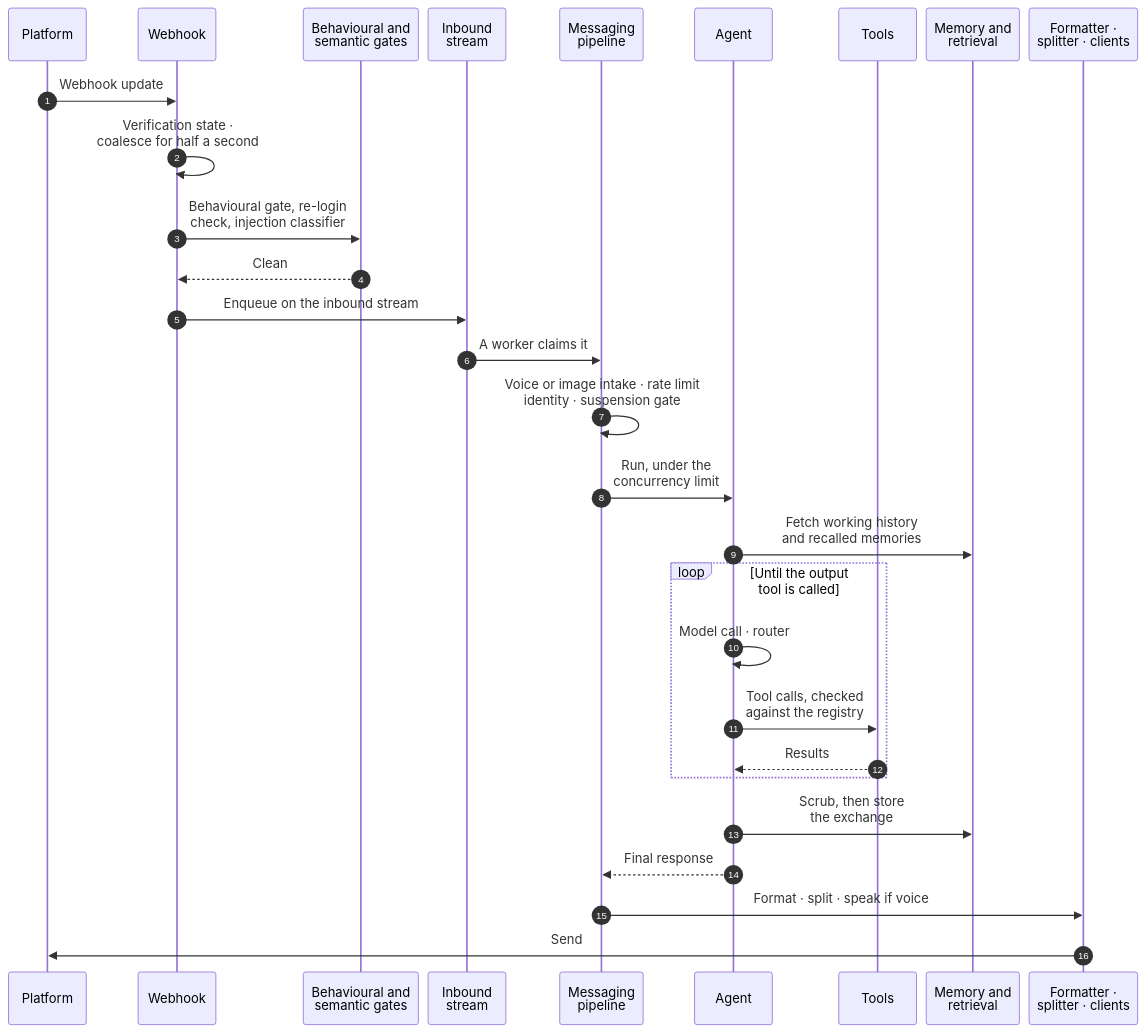
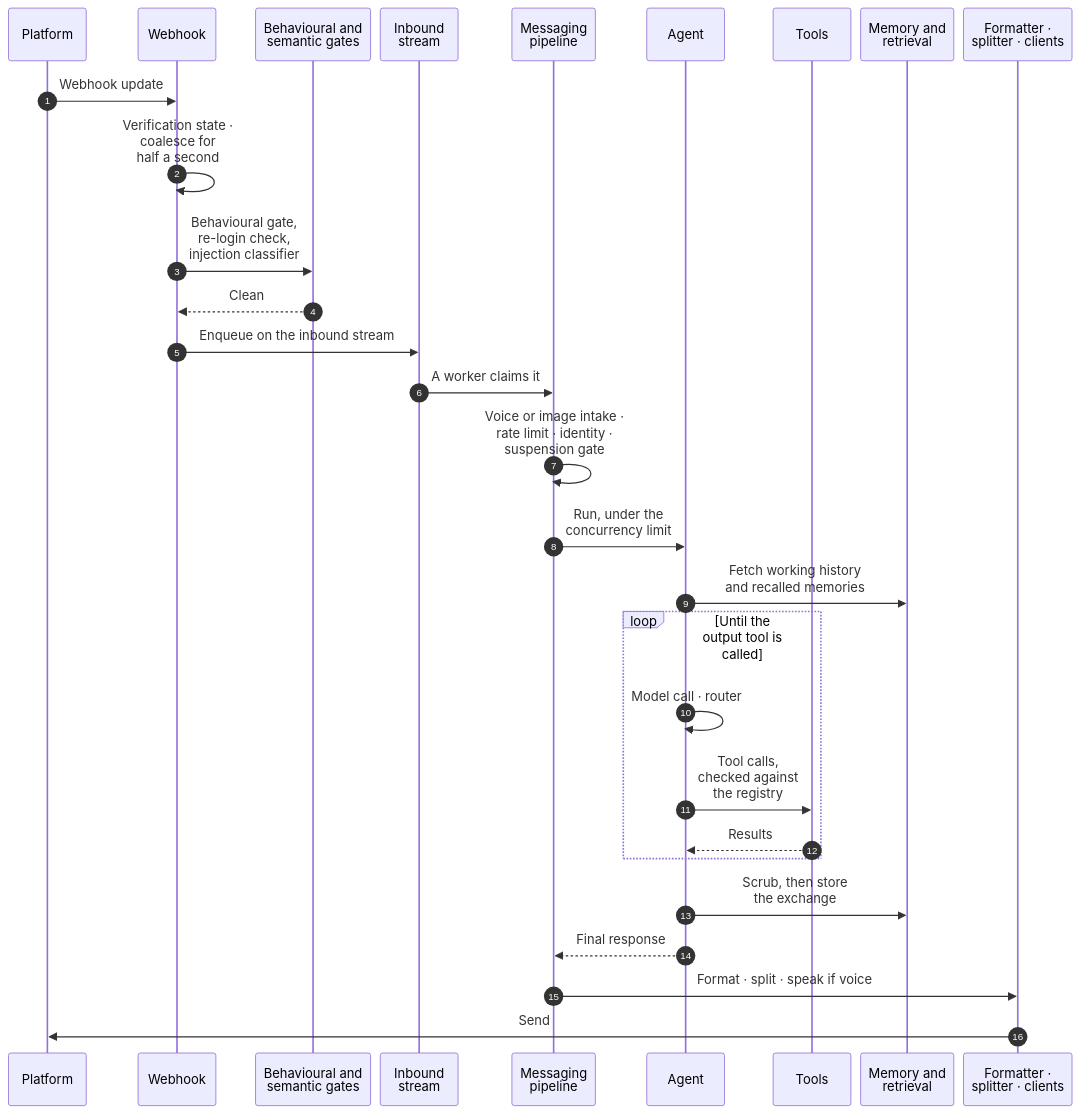
Before and after one commit to JoshPola96/enterprise-ai-agent-architecture-esim: the first of 6 diagrams in docs/02-agent.md, drawn with Mermaid.

Commit message:
Fit the message sequence to a narrower column

````diff
--- a/docs/02-agent.md
+++ b/docs/02-agent.md
@@ -14,32 +14,32 @@
 ```mermaid
 %%{init: {"sequence": {"actorMargin": 12, "width": 96, "messageMargin": 28, "noteMargin": 6}}}%%
 sequenceDiagram
     autonumber
     participant P as Platform
     participant R as Webhook
     participant G as Behavioural and<br/>semantic gates
     participant S as Inbound<br/>stream
     participant M as Messaging<br/>pipeline
     participant A as Agent
     participant T as Tools
     participant C as Memory and<br/>retrieval
     participant D as Formatter ·<br/>splitter · clients
     P->>R: Webhook update
-    R->>R: Verification state ·<br/>coalesce for half a second
-    R->>G: Behavioural gate, re-login<br/>check, injection classifier
+    R->>R: Verification state ·<br/>coalesce for<br/>half a second
+    R->>G: Behavioural gate,<br/>re-login check,<br/>injection classifier
     G-->>R: Clean
     R->>S: Enqueue on the inbound stream
     S->>M: A worker claims it
-    M->>M: Voice or image intake · rate limit<br/>identity · suspension gate
+    M->>M: Voice or image intake ·<br/>rate limit · identity ·<br/>suspension gate
     M->>A: Run, under the<br/>concurrency limit
     A->>C: Fetch working history<br/>and recalled memories
     loop Until the output tool is called
         A->>A: Model call · router
-        A->>T: Tool calls, checked<br/>against the registry
+        A->>T: Tool calls,<br/>checked against<br/>the registry
         T-->>A: Results
     end
     A->>C: Scrub, then store<br/>the exchange
     A-->>M: Final response
     M->>D: Format · split · speak if voice
     D->>P: Send
 ```
````
